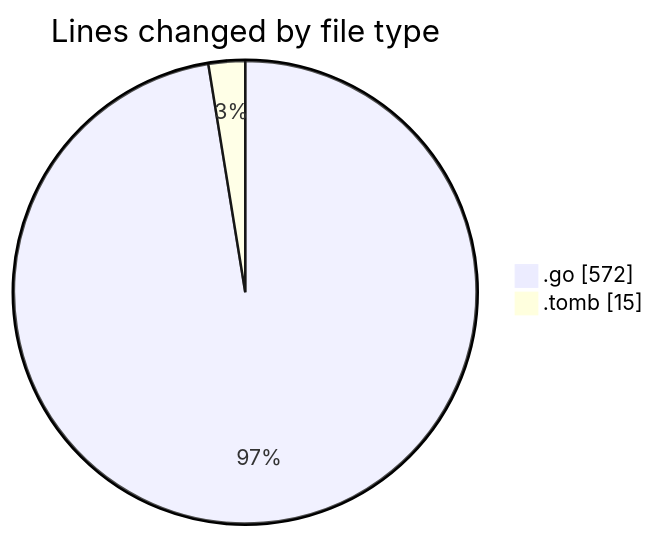
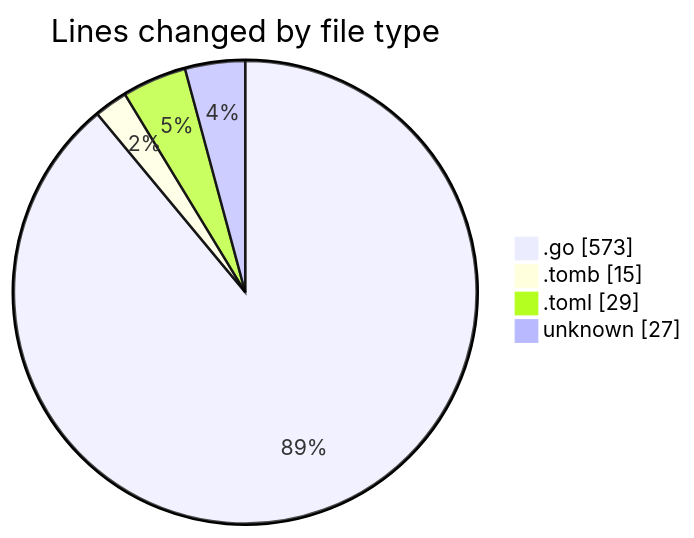
The first of 2 diagrams in 2025-10-31/backend/README.md (Ritupan-Deka/code-tracking), drawn with Mermaid before and after one commit. The commit also changed other lines of this file and 1 other file, not shown here.

````diff
--- a/2025-10-31/backend/README.md
+++ b/2025-10-31/backend/README.md
@@ -25,6 +27,8 @@
 ```mermaid
 pie showData
 title Lines changed by file type
-".go" : 572
+".go" : 573
 ".tomb" : 15
+".toml" : 29
+"unknown" : 27
 ```
````
